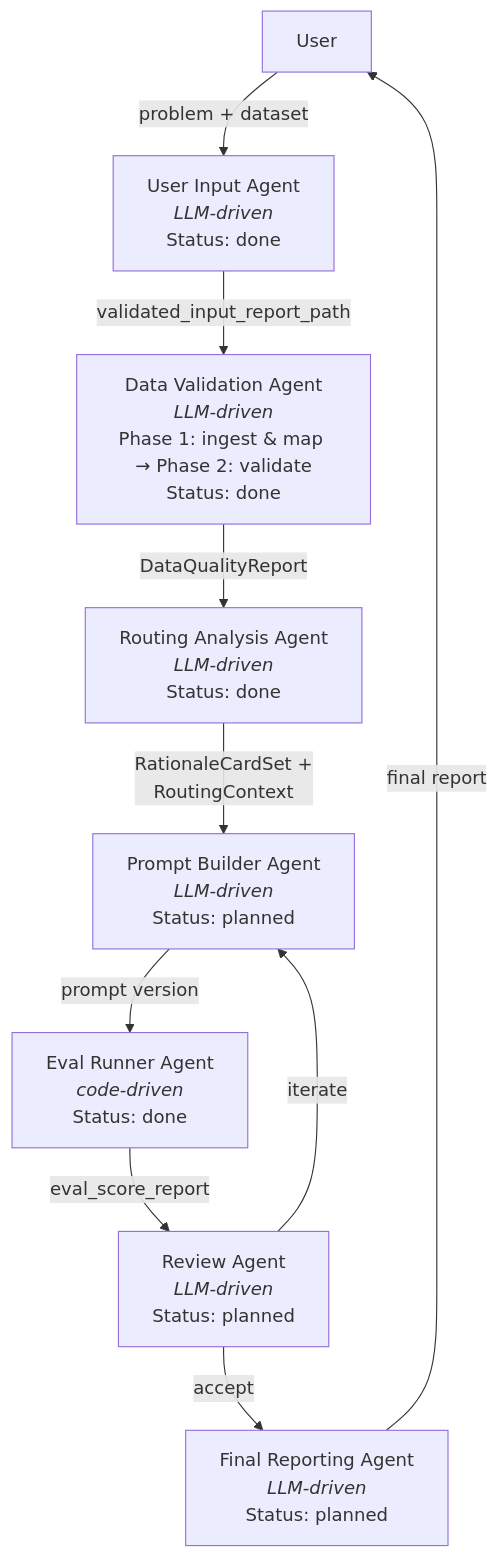
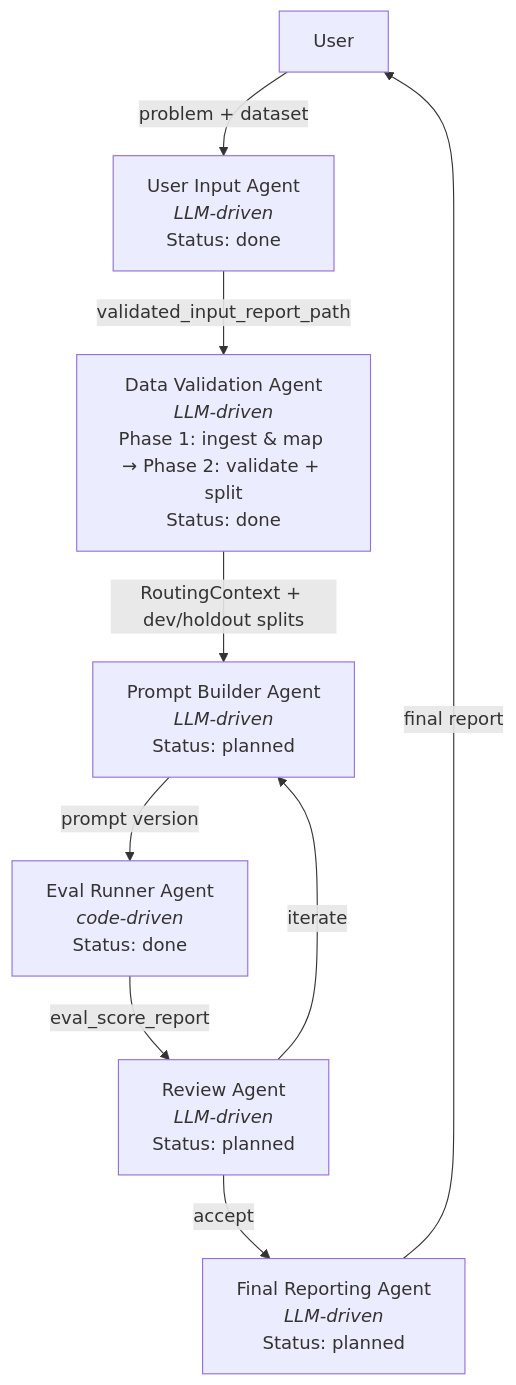
One commit to ProsusAI/Compass changed the diagram in docs/architecture.md. Above: the diagram before and after it, drawn with Mermaid. The commit also changed other lines of this file and 1 other file, not shown here.

First line of the commit message:
docs: update architecture and agents README for routing analysis removal

````diff
--- a/docs/architecture.md
+++ b/docs/architecture.md
@@ -7,12 +7,11 @@
 ```mermaid
 graph TD
     U["User"] -->|problem + dataset| A1["User Input Agent<br/><em>LLM-driven</em><br/>Status: done"]
-    A1 -->|validated_input_report_path| A2["Data Validation Agent<br/><em>LLM-driven</em><br/>Phase 1: ingest &amp; map → Phase 2: validate<br/>Status: done"]
-    A2 -->|DataQualityReport| A3["Routing Analysis Agent<br/><em>LLM-driven</em><br/>Status: done"]
-    A3 -->|RationaleCardSet +<br/>RoutingContext| A4["Prompt Builder Agent<br/><em>LLM-driven</em><br/>Status: planned"]
-    A4 -->|prompt version| A5["Eval Runner Agent<br/><em>code-driven</em><br/>Status: done"]
-    A5 -->|eval_score_report| A6["Review Agent<br/><em>LLM-driven</em><br/>Status: planned"]
-    A6 -->|iterate| A4
-    A6 -->|accept| A7["Final Reporting Agent<br/><em>LLM-driven</em><br/>Status: planned"]
-    A7 -->|final report| U
+    A1 -->|validated_input_report_path| A2["Data Validation Agent<br/><em>LLM-driven</em><br/>Phase 1: ingest &amp; map → Phase 2: validate + split<br/>Status: done"]
+    A2 -->|RoutingContext + dev/holdout splits| A3["Prompt Builder Agent<br/><em>LLM-driven</em><br/>Status: planned"]
+    A3 -->|prompt version| A4["Eval Runner Agent<br/><em>code-driven</em><br/>Status: done"]
+    A4 -->|eval_score_report| A5["Review Agent<br/><em>LLM-driven</em><br/>Status: planned"]
+    A5 -->|iterate| A3
+    A5 -->|accept| A6["Final Reporting Agent<br/><em>LLM-driven</em><br/>Status: planned"]
+    A6 -->|final report| U
 ```
````
